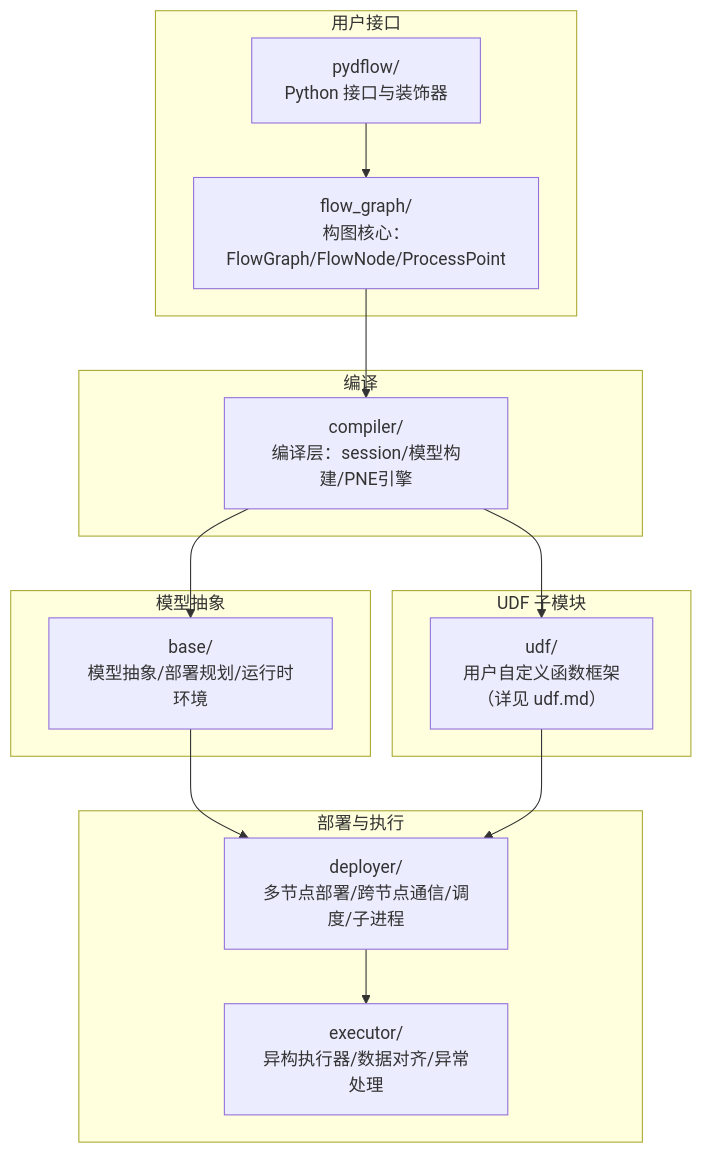
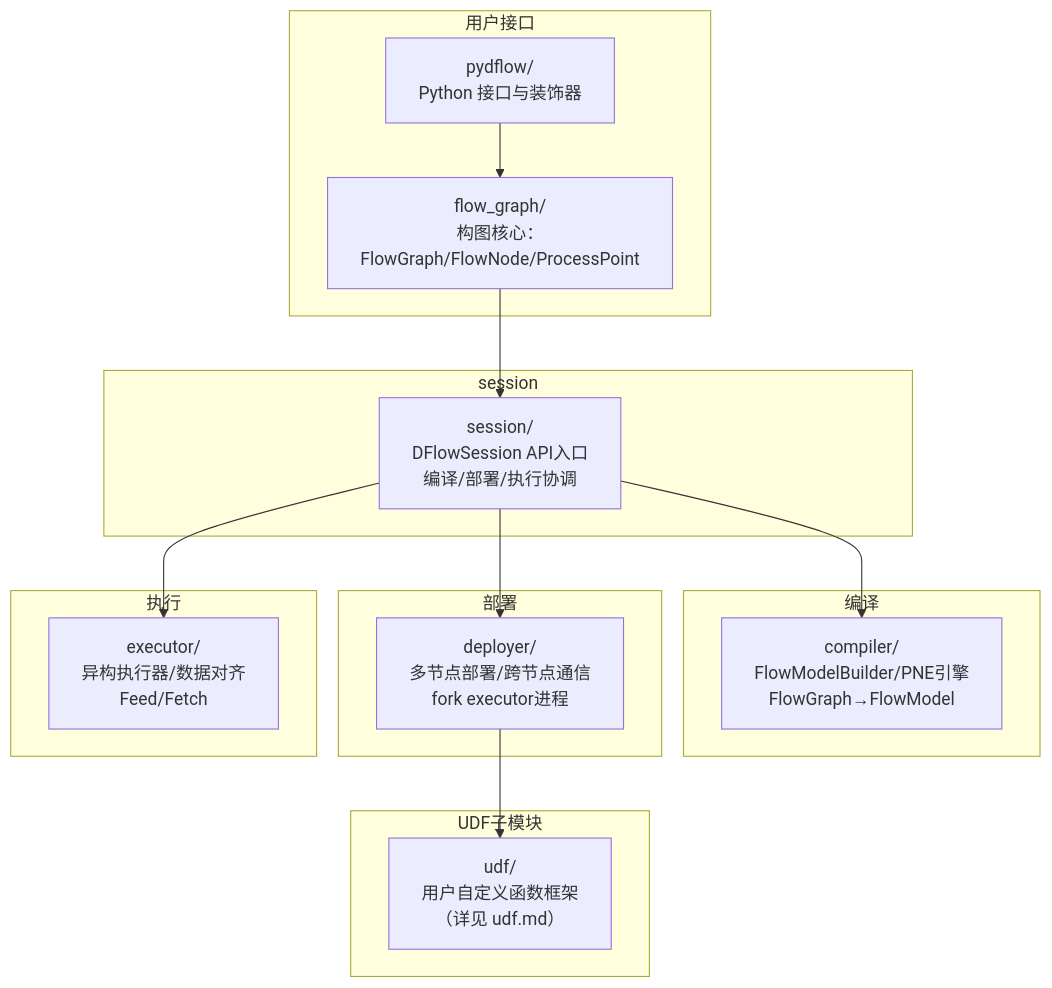
One commit to hicann/ge changed the first of 8 diagrams in docs/zh/design/modules/dflow/dflow.md. Above: the diagram before and after it, drawn with Mermaid. The commit also changed other lines of this file and 1 other file, not shown here.

First line of the commit message:
docs: 优化dflow设计文档结构和模块依赖图

````diff
--- a/docs/zh/design/modules/dflow/dflow.md
+++ b/docs/zh/design/modules/dflow/dflow.md
@@ -41,28 +49,29 @@
 ```mermaid
 flowchart TD
     subgraph 用户接口
+        PYD["pydflow/<br/>Python 接口与装饰器"]
         FG["flow_graph/<br/>构图核心：FlowGraph/FlowNode/ProcessPoint"]
-        PYD["pydflow/<br/>Python 接口与装饰器"]
+    end
+    subgraph session
+        SES["session/<br/>DFlowSession API入口<br/>编译/部署/执行协调"]
     end
     subgraph 编译
-        CMP["compiler/<br/>编译层：session/模型构建/PNE引擎"]
+        CMP["compiler/<br/>FlowModelBuilder/PNE引擎<br/>FlowGraph→FlowModel"]
     end
-    subgraph 模型抽象
-        BASE["base/<br/>模型抽象/部署规划/运行时环境"]
+    subgraph 部署
+        DEP["deployer/<br/>多节点部署/跨节点通信<br/>fork executor进程"]
     end
-    subgraph 部署与执行
-        DEP["deployer/<br/>多节点部署/跨节点通信/调度/子进程"]
-        EXEC["executor/<br/>异构执行器/数据对齐/异常处理"]
+    subgraph 执行
+        EXEC["executor/<br/>异构执行器/数据对齐<br/>Feed/Fetch"]
     end
-    subgraph UDF 子模块
+    subgraph UDF子模块
         UDF["udf/<br/>用户自定义函数框架<br/>（详见 udf.md）"]
     end
 
-    FG --> CMP
     PYD --> FG
-    CMP --> BASE
-    BASE --> DEP
-    DEP --> EXEC
-    CMP --> UDF
-    UDF --> DEP
+    FG --> SES
+    SES --> CMP
+    SES --> DEP
+    SES --> EXEC
+    DEP --> UDF
 ```
````
